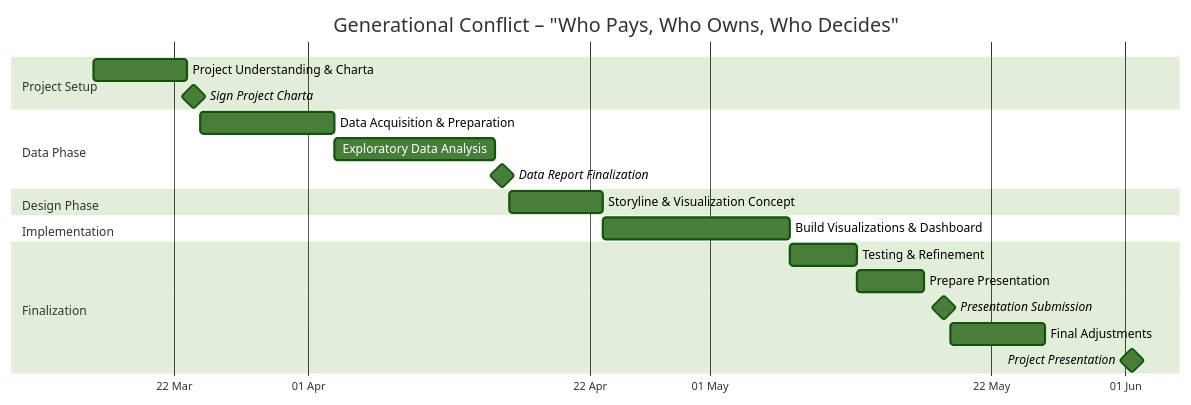
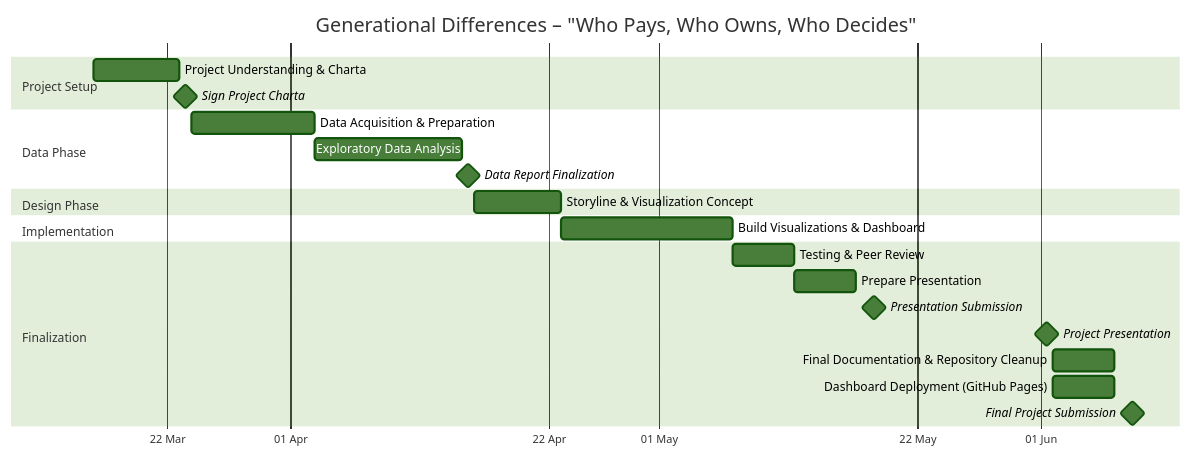
Before and after one commit to javi36/PODSV_Visualisierungsprojekt: the diagram in docs/00_project_charta.qmd, drawn with Mermaid (forest theme). The commit also changed other lines of this file and 5 other files, not shown here.

````diff
--- a/docs/00_project_charta.qmd
+++ b/docs/00_project_charta.qmd
@@ -351,32 +325,34 @@
 ```{mermaid}
 %%| label: fig-project-plan
 %%| fig-cap: Preliminary project plan in the form of a Gantt chart.
 gantt
-    title Generational Conflict – "Who Pays, Who Owns, Who Decides"
+    title Generational Differences – "Who Pays, Who Owns, Who Decides"
     dateFormat YYYY-MM-DD
     tickInterval 21day
     todayMarker off
     axisFormat %d %b
 
     section Project Setup
         Project Understanding & Charta            :a1, 2026-03-16, 7d
         Sign Project Charta                       :milestone, m1, 2026-03-23, 1d
 
     section Data Phase
         Data Acquisition & Preparation            :b1, after m1, 10d
         Exploratory Data Analysis                 :b2, after b1, 12d
         Data Report Finalization                  :milestone, m2, after b2, 1d
 
     section Design Phase
         Storyline & Visualization Concept         :c1, after m2, 7d
 
     section Implementation
         Build Visualizations & Dashboard          :d1, after c1, 14d
 
     section Finalization
-        Testing & Refinement                      :e1, after d1, 5d
+        Testing & Peer Review                     :e1, after d1, 5d
         Prepare Presentation                      :e2, after e1, 5d
         Presentation Submission                   :milestone, m3, 2026-05-18, 1d
-        Final Adjustments                         :e3, after m3, 7d
         Project Presentation                      :milestone, m4, 2026-06-01, 1d
+        Final Documentation & Repository Cleanup  :e3, after m4, 5d
+        Dashboard Deployment (GitHub Pages)       :e4, after m4, 5d
+        Final Project Submission                  :milestone, m5, 2026-06-08, 1d
 ```
````
